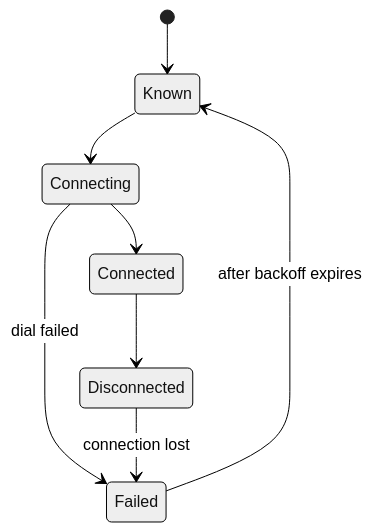
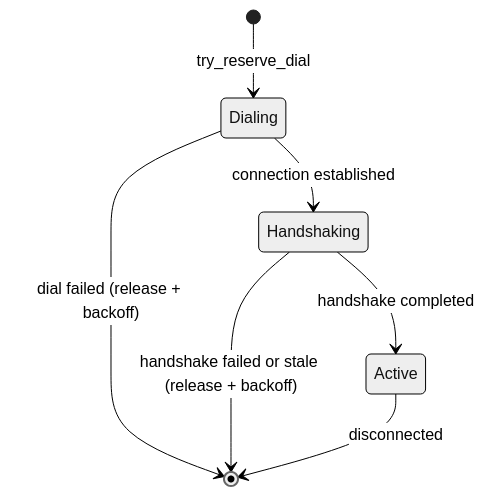
The diagram in docs/networking/peer-dialing-strategy.md (nxm-rs/vertex), drawn with Mermaid (neutral theme) before and after one commit. The commit also changed other lines of this file and 1 other file, not shown here.

First line of the commit message:
docs(networking): rewrite peer dialing strategy for saturation-floored allocation

````diff
--- a/docs/networking/peer-dialing-strategy.md
+++ b/docs/networking/peer-dialing-strategy.md
@@ -29,10 +23,9 @@
 ```mermaid
 stateDiagram-v2
-    [*] --> Known
-    Known --> Connecting
-    Connecting --> Connected
-    Connecting --> Failed : dial failed
-    Connected --> Disconnected
-    Disconnected --> Failed : connection lost
-    Failed --> Known : after backoff expires
+    [*] --> Dialing : try_reserve_dial
+    Dialing --> Handshaking : connection established
+    Dialing --> [*] : dial failed (release + backoff)
+    Handshaking --> Active : handshake completed
+    Handshaking --> [*] : handshake failed or stale (release + backoff)
+    Active --> [*] : disconnected
 ```
````
